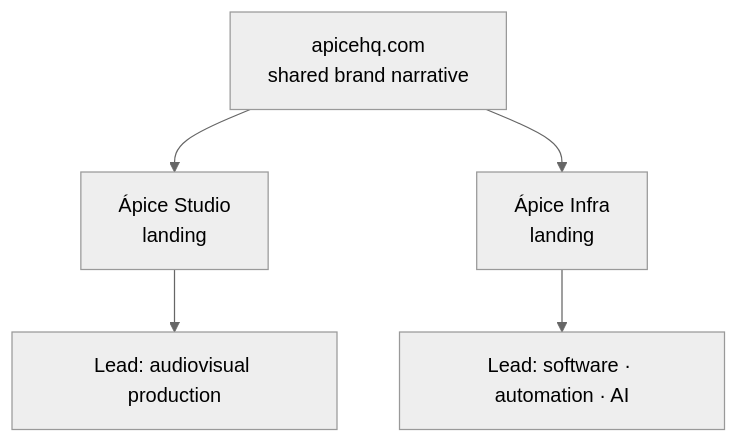
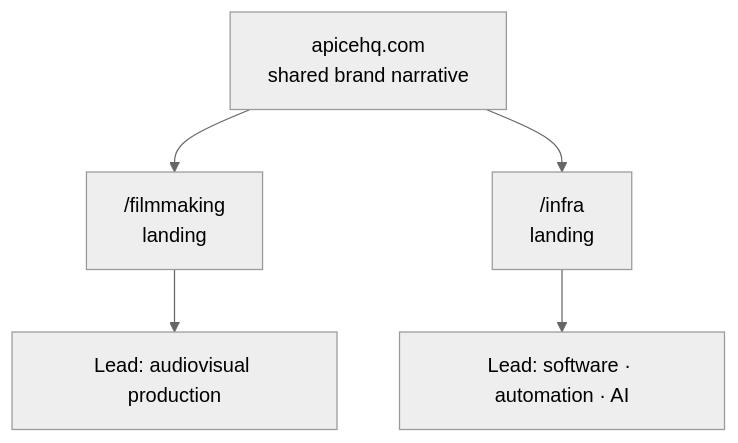
The diagram in content/en/work/apice.mdx (BLOW3ED/dev-portfolio), drawn with Mermaid (neutral theme) before and after one commit. The commit also changed other lines of this file and 38 other files, not shown here.

````diff
--- a/content/en/work/apice.mdx
+++ b/content/en/work/apice.mdx
@@ -32,10 +32,10 @@
 ```mermaid
 flowchart TB
   accTitle: apicehq.com structure
-  accDescr: A shared brand narrative on apicehq.com leads to one landing page per division, Ápice Studio and Ápice Infra. Each landing page has its own funnel, so every lead arrives already classified as production or software.
+  accDescr: A shared brand narrative on the home page leads to one landing page per division, Ápice Filmmaking and Ápice Infra. Each landing page has its own funnel ending in the contact form, so every lead arrives already classified as production or software.
 
-  HOME["apicehq.com<br/>shared brand narrative"] --> STUDIO["Ápice Studio<br/>landing"]
-  HOME --> INFRA["Ápice Infra<br/>landing"]
-  STUDIO --> L1["Lead: audiovisual production"]
+  HOME["apicehq.com<br/>shared brand narrative"] --> FILM["/filmmaking<br/>landing"]
+  HOME --> INFRA["/infra<br/>landing"]
+  FILM --> L1["Lead: audiovisual production"]
   INFRA --> L2["Lead: software · automation · AI"]
 ```
````
